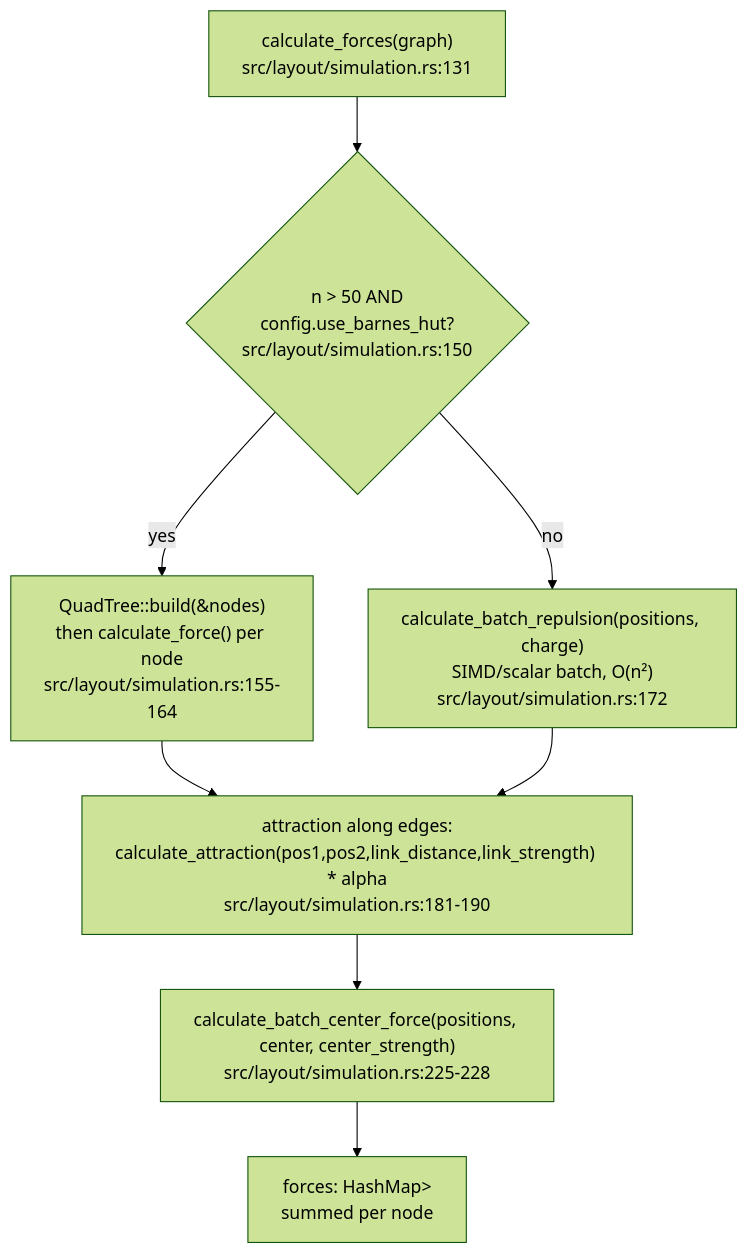
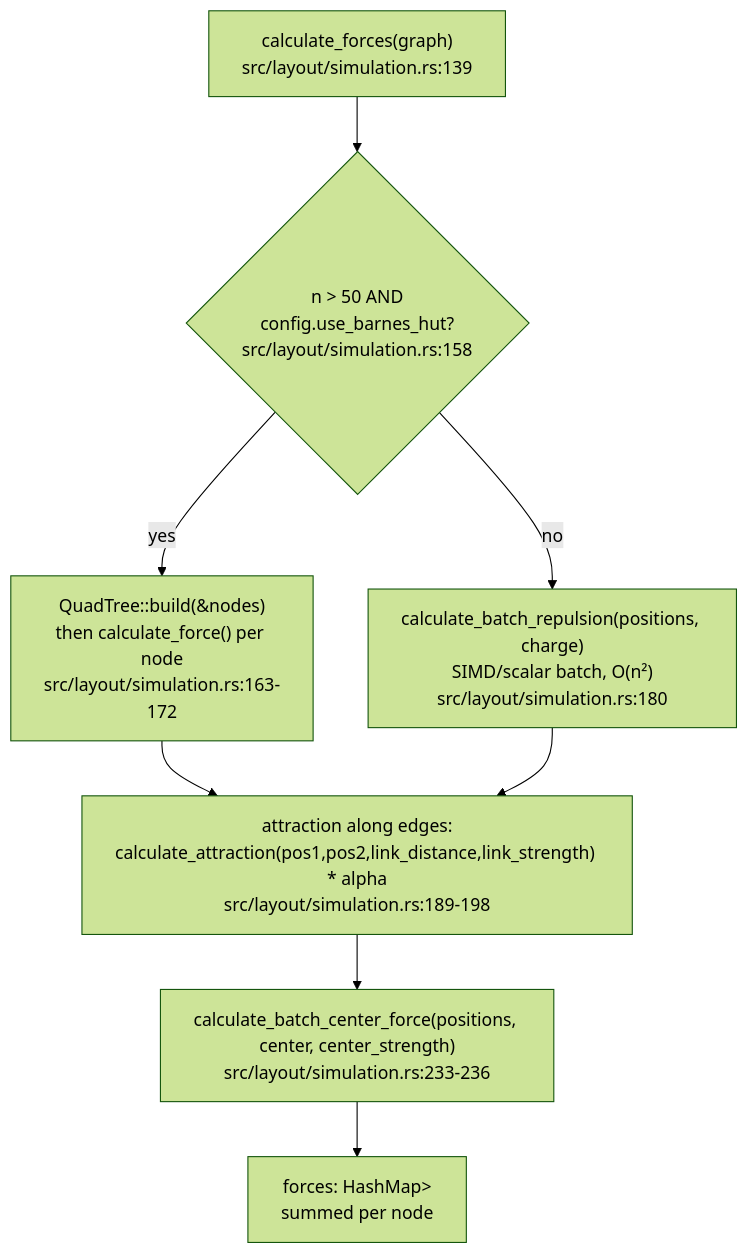
Before and after one commit to DreamLab-AI/VisionFlow: the second of 9 diagrams in docs/diagrams/vowl-wasm/03-force-layout-lifecycle.md, drawn with Mermaid (forest theme). The commit also changed other lines of this file and 160 other files, not shown here.

````diff
--- a/docs/diagrams/vowl-wasm/03-force-layout-lifecycle.md
+++ b/docs/diagrams/vowl-wasm/03-force-layout-lifecycle.md
@@ -41,10 +44,10 @@
 ```mermaid
 flowchart TB
-    START["calculate_forces(graph)<br/>src/layout/simulation.rs:131"] --> BR{"n > 50 AND<br/>config.use_barnes_hut?<br/>src/layout/simulation.rs:150"}
-    BR -->|yes| QT["QuadTree::build(&nodes)<br/>then calculate_force() per node<br/>src/layout/simulation.rs:155-164"]
-    BR -->|no| BATCH["calculate_batch_repulsion(positions, charge)<br/>SIMD/scalar batch, O(n²)<br/>src/layout/simulation.rs:172"]
-    QT --> ATTR["attraction along edges:<br/>calculate_attraction(pos1,pos2,link_distance,link_strength) * alpha<br/>src/layout/simulation.rs:181-190"]
+    START["calculate_forces(graph)<br/>src/layout/simulation.rs:139"] --> BR{"n > 50 AND<br/>config.use_barnes_hut?<br/>src/layout/simulation.rs:158"}
+    BR -->|yes| QT["QuadTree::build(&nodes)<br/>then calculate_force() per node<br/>src/layout/simulation.rs:163-172"]
+    BR -->|no| BATCH["calculate_batch_repulsion(positions, charge)<br/>SIMD/scalar batch, O(n²)<br/>src/layout/simulation.rs:180"]
+    QT --> ATTR["attraction along edges:<br/>calculate_attraction(pos1,pos2,link_distance,link_strength) * alpha<br/>src/layout/simulation.rs:189-198"]
     BATCH --> ATTR
-    ATTR --> CENTER["calculate_batch_center_force(positions, center, center_strength)<br/>src/layout/simulation.rs:225-228"]
+    ATTR --> CENTER["calculate_batch_center_force(positions, center, center_strength)<br/>src/layout/simulation.rs:233-236"]
     CENTER --> SUM["forces: HashMap<node_id, Vector2<f64>><br/>summed per node"]
 ```
````
